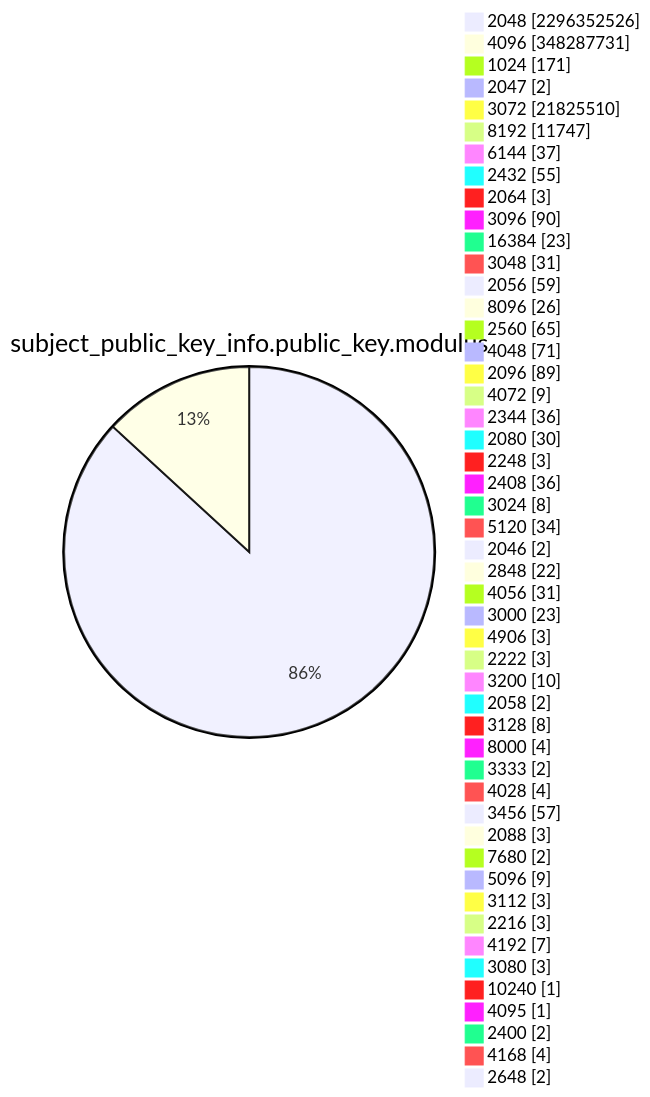
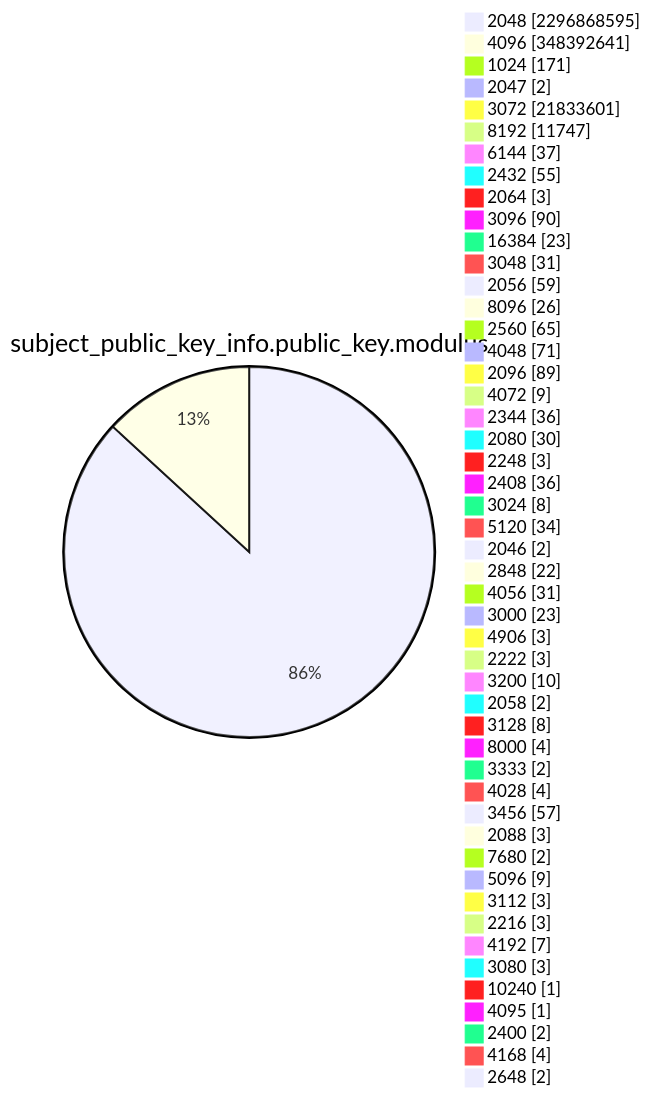
Before and after one commit to christiankrug/ctmonitor_visualization: diagram 13 of 15 in TOTAL/README.md, drawn with Mermaid. The commit also changed other lines of this file, not shown here.

````diff
--- a/TOTAL/README.md
+++ b/TOTAL/README.md
@@ -4165,53 +4165,53 @@
 ```mermaid
 pie showData
 title subject_public_key_info.public_key.modulus
-"2048" :2296352526
-"4096" :348287731
+"2048" :2296868595
+"4096" :348392641
 "1024" :171
 "2047" :2
-"3072" :21825510
+"3072" :21833601
 "8192" :11747
 "6144" :37
 "2432" :55
 "2064" :3
 "3096" :90
 "16384" :23
 "3048" :31
 "2056" :59
 "8096" :26
 "2560" :65
 "4048" :71
 "2096" :89
 "4072" :9
 "2344" :36
 "2080" :30
 "2248" :3
 "2408" :36
 "3024" :8
 "5120" :34
 "2046" :2
 "2848" :22
 "4056" :31
 "3000" :23
 "4906" :3
 "2222" :3
 "3200" :10
 "2058" :2
 "3128" :8
 "8000" :4
 "3333" :2
 "4028" :4
 "3456" :57
 "2088" :3
 "7680" :2
 "5096" :9
 "3112" :3
 "2216" :3
 "4192" :7
 "3080" :3
 "10240" :1
 "4095" :1
 "2400" :2
 "4168" :4
 "2648" :2
 ```
````
